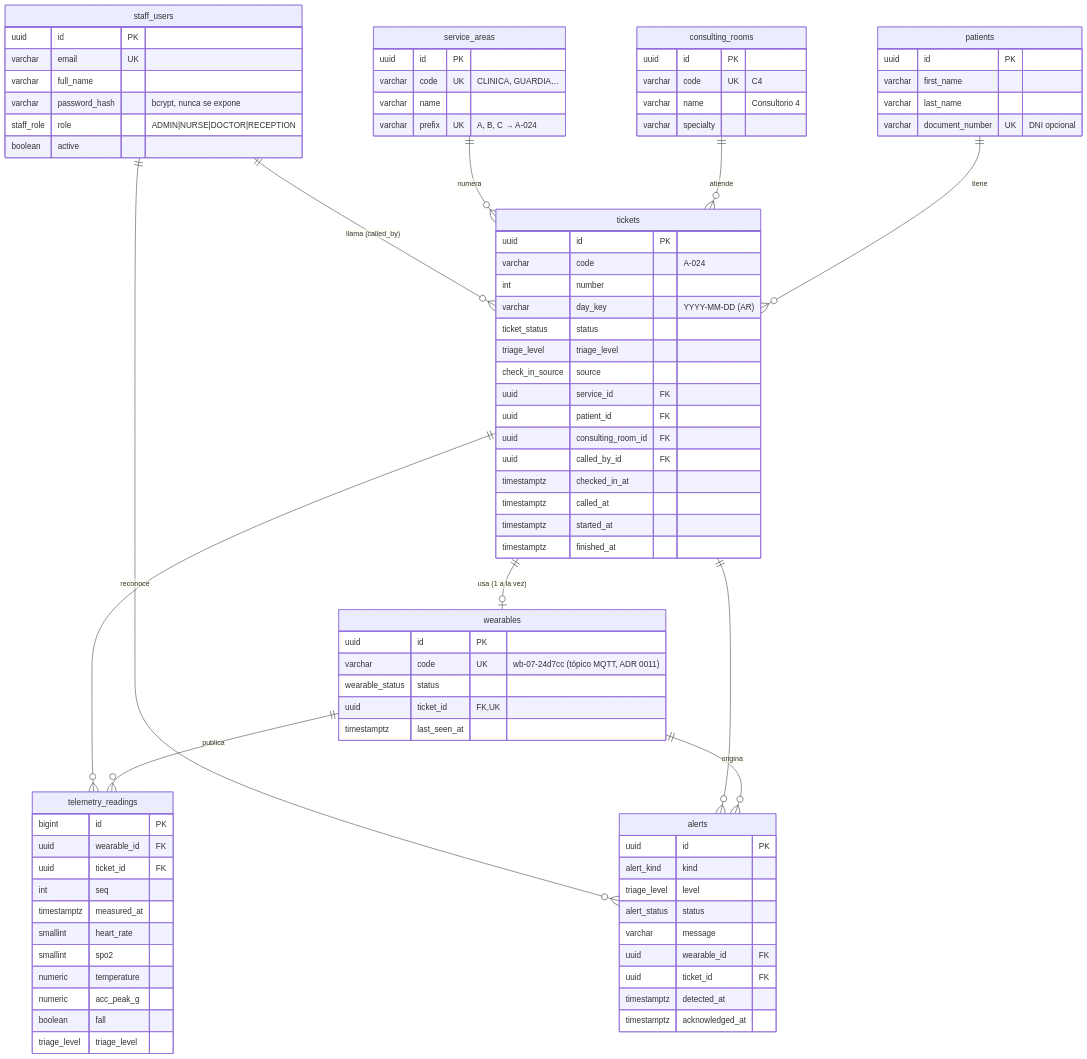
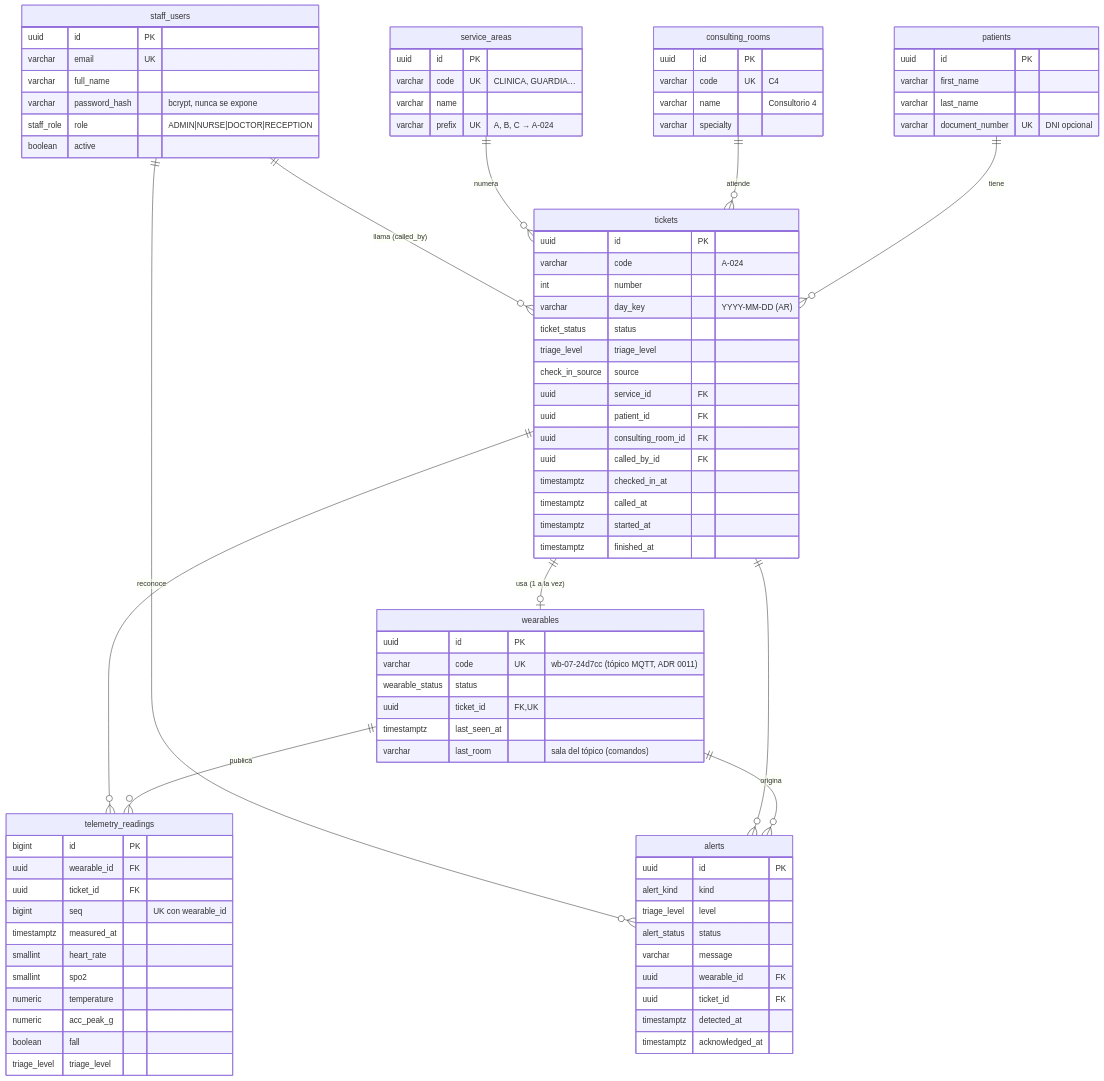
Before and after one commit to GastMolina267/pti-monorepo: the diagram in docs/08-modelo-datos.md, drawn with Mermaid. The commit also changed other lines of this file and 14 other files, not shown here.

```diff
--- a/docs/08-modelo-datos.md
+++ b/docs/08-modelo-datos.md
@@ -66,12 +66,13 @@
     wearable_status status
     uuid ticket_id FK,UK
     timestamptz last_seen_at
+    varchar last_room "sala del tópico (comandos)"
   }
   telemetry_readings {
     bigint id PK
     uuid wearable_id FK
     uuid ticket_id FK
-    int seq
+    bigint seq "UK con wearable_id"
     timestamptz measured_at
     smallint heart_rate
     smallint spo2
```
